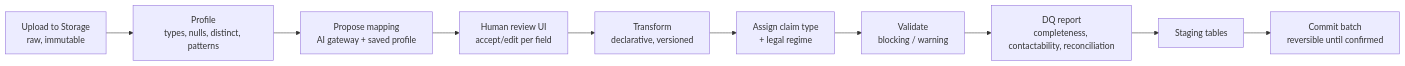
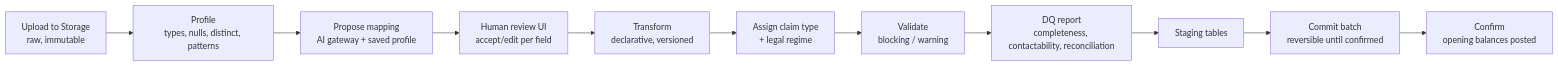
Before and after one commit to TheliosGroupe/collectoo: the fourth of 9 diagrams in docs/ARCHITECTURE.md, drawn with Mermaid. The commit also changed other lines of this file and 13 other files, not shown here.

````diff
--- a/docs/ARCHITECTURE.md
+++ b/docs/ARCHITECTURE.md
@@ -177,12 +177,13 @@
 ```mermaid
 flowchart LR
   UP[Upload to Storage<br/>raw, immutable] --> PR[Profile<br/>types, nulls, distinct, patterns]
   PR --> MAP[Propose mapping<br/>AI gateway + saved profile]
   MAP --> REV[Human review UI<br/>accept/edit per field]
   REV --> TR[Transform<br/>declarative, versioned]
   TR --> CT[Assign claim type<br/>+ legal regime]
   CT --> VAL[Validate<br/>blocking / warning]
   VAL --> DQ[DQ report<br/>completeness, contactability, reconciliation]
   DQ --> STG[Staging tables]
   STG --> COM[Commit batch<br/>reversible until confirmed]
+  COM --> CONF[Confirm<br/>opening balances posted]
 ```
````
